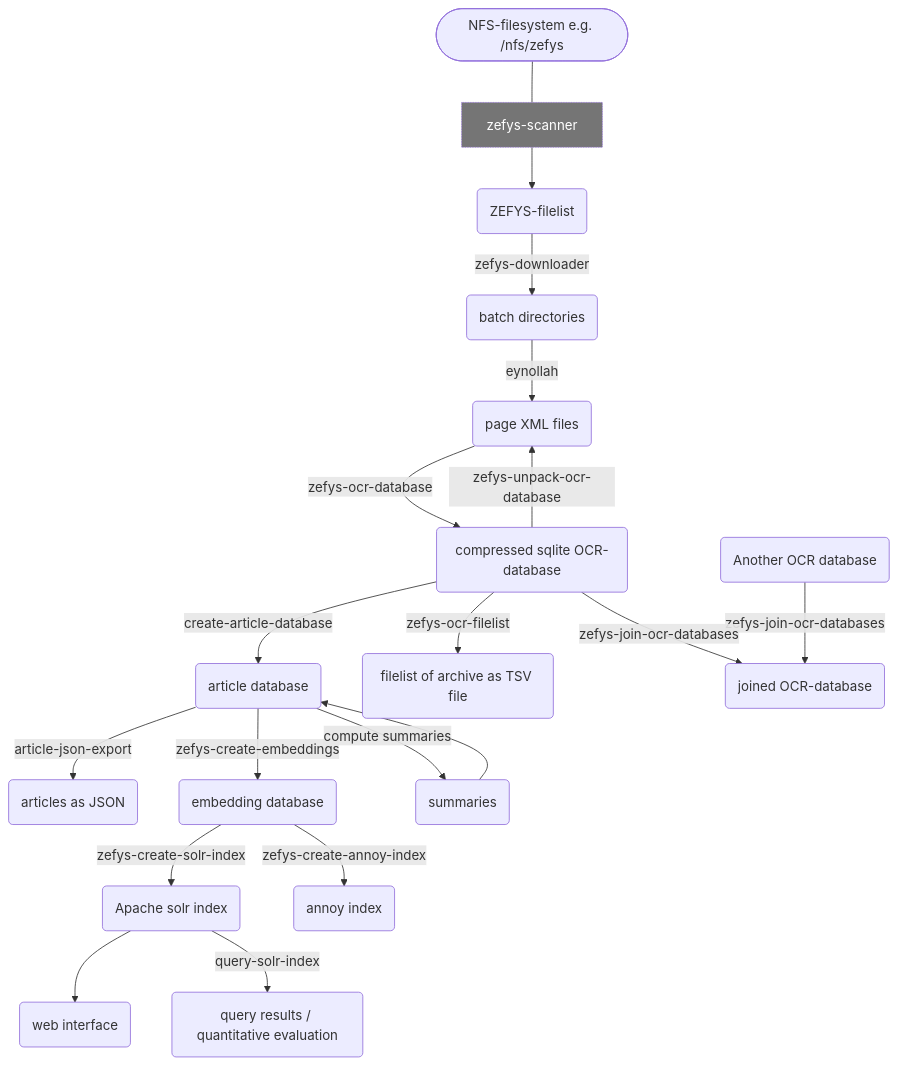
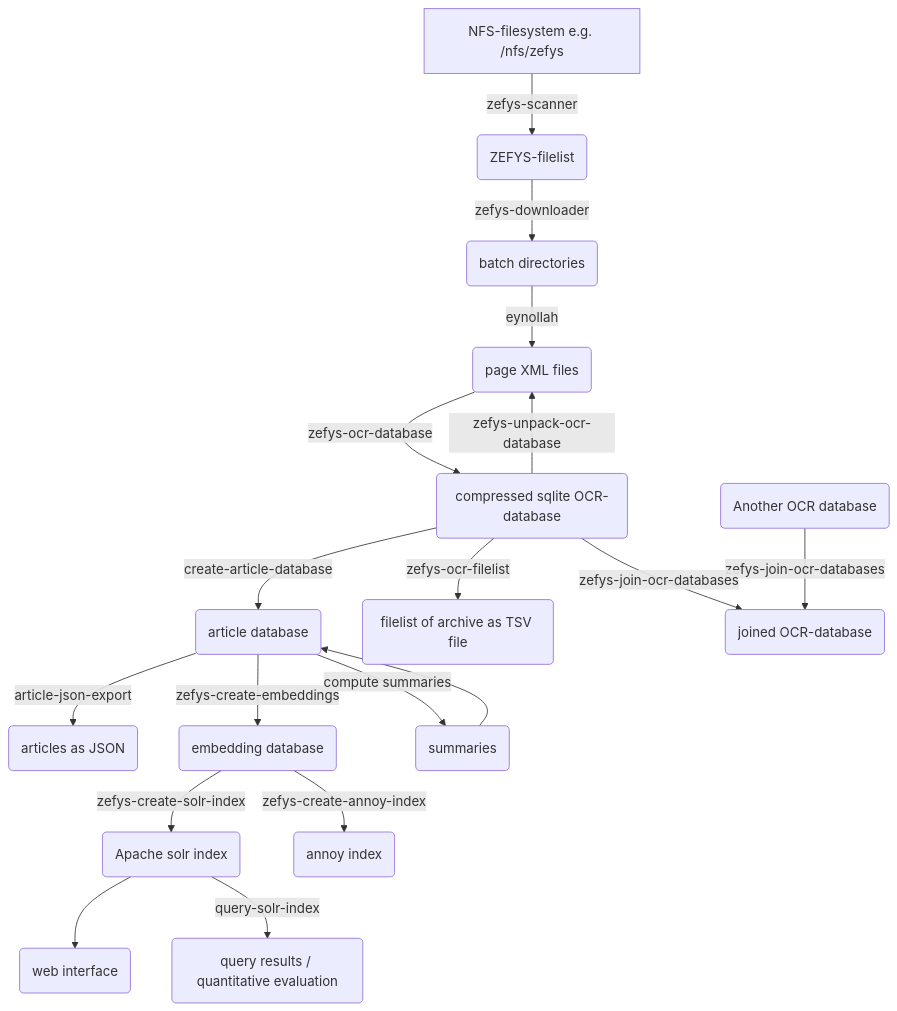
Before and after one commit to qurator-spk/RAC: the diagram in README.md, drawn with Mermaid.

Commit message:
improve docu

````diff
--- a/README.md
+++ b/README.md
@@ -63,27 +63,20 @@
 ```mermaid
 graph TD
-    NFS([NFS-filesystem e.g. /nfs/zefys]) --- zefys-scanner[zefys-scanner]
-    zefys-scanner --> ZEFYS-FILELIST(ZEFYS-filelist)
+    NFS[NFS-filesystem e.g. /nfs/zefys] --> |zefys-scanner| ZEFYS-FILELIST(ZEFYS-filelist)
     ZEFYS-FILELIST -->|zefys-downloader| BATCH-DIRECTORIES(batch directories)
     BATCH-DIRECTORIES -->|eynollah| PAGE-XMLS(page XML files)
     PAGE-XMLS -->|zefys-ocr-database| OCR-DATABASE(compressed sqlite OCR-database)
     OCR-DATABASE -->|create-article-database| ARTICLE-DATABASE(article database)
     ARTICLE-DATABASE -->|article-json-export| ARTICLE-JSON(articles as JSON)
     OCR-DATABASE -->|zefys-unpack-ocr-database| PAGE-XMLS
     OCR-DATABASE -->|zefys-ocr-filelist| OCR-FILELIST(filelist of archive as TSV file)
     OCR-DATABASE-2(Another OCR database) -->|zefys-join-ocr-databases| JOINED-OCR-DATABASE(joined OCR-database)
     OCR-DATABASE -->|zefys-join-ocr-databases| JOINED-OCR-DATABASE(joined OCR-database)
     ARTICLE-DATABASE -->|zefys-create-embeddings| EMBEDDING-DATABASE(embedding database)
     ARTICLE-DATABASE -->|compute summaries| SUMMARIES(summaries) --> ARTICLE-DATABASE
     EMBEDDING-DATABASE -->|zefys-create-solr-index| SOLR-INDEX(Apache solr index)
     EMBEDDING-DATABASE -->|zefys-create-annoy-index| ANNOY-INDEX(annoy index)
     SOLR-INDEX --> WEB-INTERFACE(web interface)
     SOLR-INDEX -->|query-solr-index| QUERY-RESULT(query results / quantitative evaluation)
-    
-    zefys-scanner:::cli_tool
-    click zefys-scanner doc/CLI.md#zefys-scanner
-    
-    classDef cli_tool fill:#757575, color:#FFFFFF, stroke-width:1px, stroke-dasharray:1
-    
      
 ```
````
